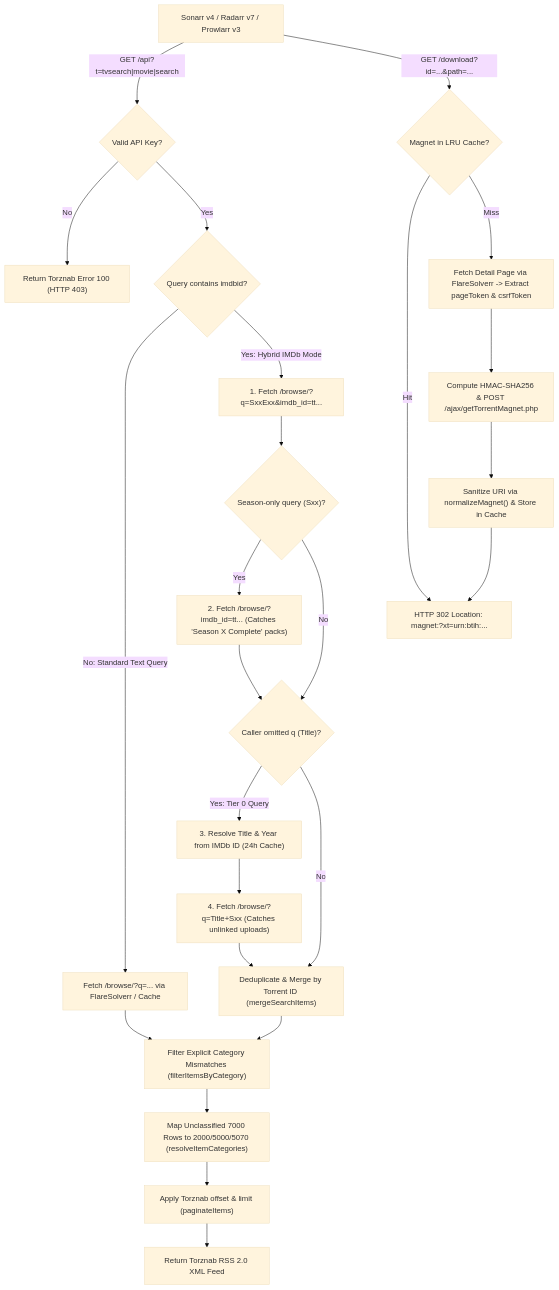
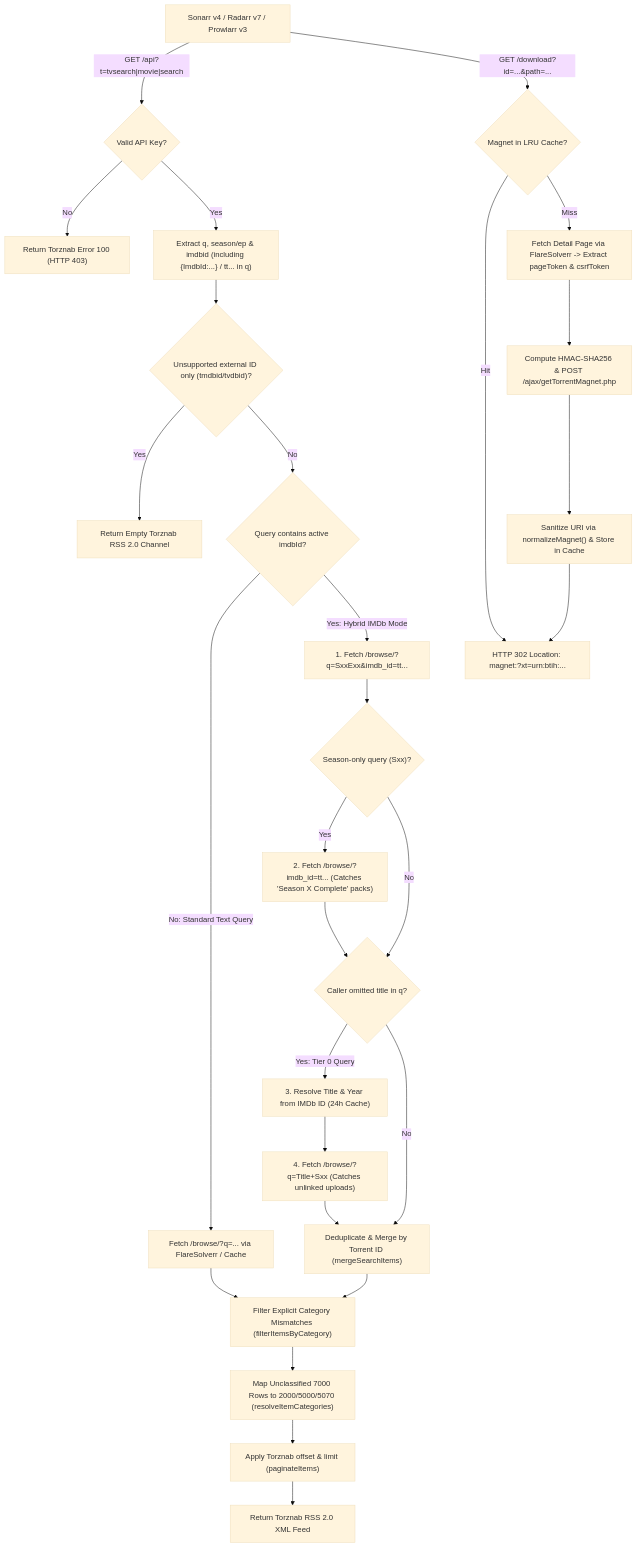
The diagram in README.md (huseyincig/extto-torznab-proxy), drawn with Mermaid (base theme) before and after one commit. The commit also changed other lines of this file and 9 other files, not shown here.

````diff
--- a/README.md
+++ b/README.md
@@ -150,32 +166,36 @@
 ```mermaid
 flowchart TD
     Arr["Sonarr v4 / Radarr v7 / Prowlarr v3"] -->|"GET /api?t=tvsearch|movie|search"| Auth{"Valid API Key?"}
     Auth -->|No| Err100["Return Torznab Error 100 (HTTP 403)"]
-    Auth -->|Yes| Mode{"Query contains imdbid?"}
+    Auth -->|Yes| Extract["Extract q, season/ep & imdbid (including {ImdbId:...} / tt... in q)"]
+
+    Extract --> UnsupportedCheck{"Unsupported external ID only (tmdbid/tvdbid)?"}
+    UnsupportedCheck -->|Yes| EmptyXml["Return Empty Torznab RSS 2.0 Channel"]
+    UnsupportedCheck -->|No| Mode{"Query contains active imdbId?"}
 
     Mode -->|No: Standard Text Query| TextFetch["Fetch /browse/?q=... via FlareSolverr / Cache"]
     Mode -->|Yes: Hybrid IMDb Mode| ImdbPrimary["1. Fetch /browse/?q=SxxExx&imdb_id=tt..."]
 
     ImdbPrimary --> SeasonCheck{"Season-only query (Sxx)?"}
     SeasonCheck -->|Yes| ImdbPacks["2. Fetch /browse/?imdb_id=tt... (Catches 'Season X Complete' packs)"]
-    SeasonCheck -->|No| TitleCheck{"Caller omitted q (Title)?"}
+    SeasonCheck -->|No| TitleCheck{"Caller omitted title in q?"}
     ImdbPacks --> TitleCheck
 
     TitleCheck -->|Yes: Tier 0 Query| ResolveTitle["3. Resolve Title & Year from IMDb ID (24h Cache)"]
     ResolveTitle --> TitleFallback["4. Fetch /browse/?q=Title+Sxx (Catches unlinked uploads)"]
     TitleCheck -->|No| Merge["Deduplicate & Merge by Torrent ID (mergeSearchItems)"]
     TitleFallback --> Merge
     TextFetch --> Filter
 
     Merge --> Filter["Filter Explicit Category Mismatches (filterItemsByCategory)"]
     Filter --> ResolveCat["Map Unclassified 7000 Rows to 2000/5000/5070 (resolveItemCategories)"]
     ResolveCat --> Paginate["Apply Torznab offset & limit (paginateItems)"]
     Paginate --> XmlOut["Return Torznab RSS 2.0 XML Feed"]
 
     Arr -->|"GET /download?id=...&path=..."| MagCache{"Magnet in LRU Cache?"}
     MagCache -->|Hit| Redirect302["HTTP 302 Location: magnet:?xt=urn:btih:..."]
     MagCache -->|Miss| DetailFetch["Fetch Detail Page via FlareSolverr -> Extract pageToken & csrfToken"]
     DetailFetch --> HmacPost["Compute HMAC-SHA256 & POST /ajax/getTorrentMagnet.php"]
     HmacPost --> Sanitize["Sanitize URI via normalizeMagnet() & Store in Cache"]
     Sanitize --> Redirect302
 ```
````
